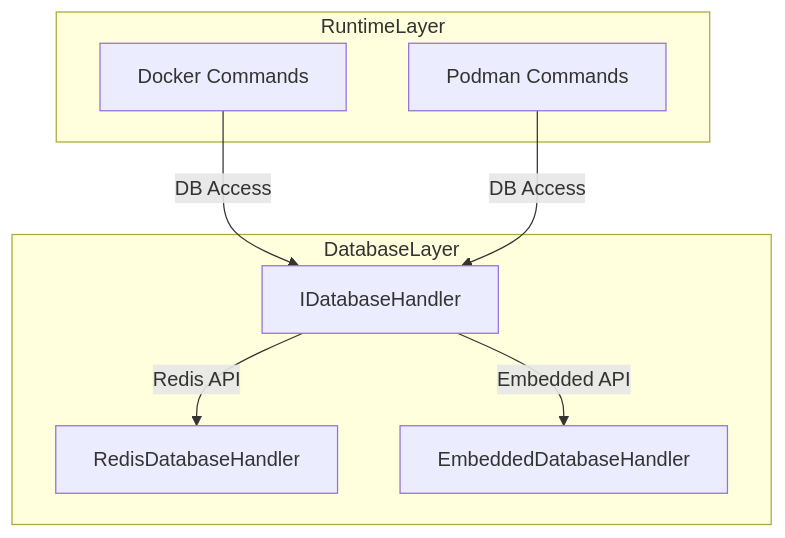
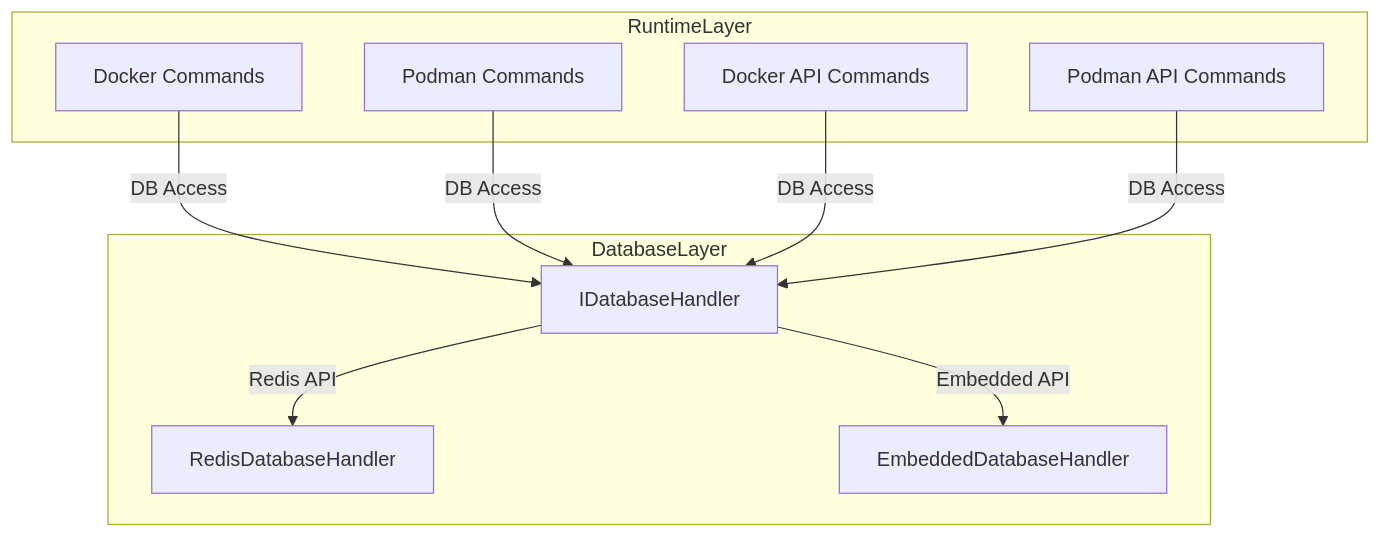
Before and after one commit to Komal-kalyanraman/container_manager: the fourth of 6 diagrams in docs/architecture/architecture_diagram.md, drawn with Mermaid. The commit also changed other lines of this file and 7 other files, not shown here.

Commit message:
updated architecture diagrams

````diff
--- a/docs/architecture/architecture_diagram.md
+++ b/docs/architecture/architecture_diagram.md
@@ -171,18 +148,22 @@
 ```mermaid
 flowchart TD
 subgraph RuntimeLayer
 DOCKER[Docker Commands]
 PODMAN[Podman Commands]
+DOCKERAPI[Docker API Commands]
+PODMANAPI[Podman API Commands]
 end
 
 subgraph DatabaseLayer
 DBIF[IDatabaseHandler]
 REDIS[RedisDatabaseHandler]
 EMBEDDED[EmbeddedDatabaseHandler]
 end
 
-DOCKER -- DB Access --> DBIF
-PODMAN -- DB Access --> DBIF
-DBIF -- Redis API --> REDIS
-DBIF -- Embedded API --> EMBEDDED
+DOCKER -- "DB Access" --> DBIF
+PODMAN -- "DB Access" --> DBIF
+DOCKERAPI -- "DB Access" --> DBIF
+PODMANAPI -- "DB Access" --> DBIF
+DBIF -- "Redis API" --> REDIS
+DBIF -- "Embedded API" --> EMBEDDED
 ```
````
